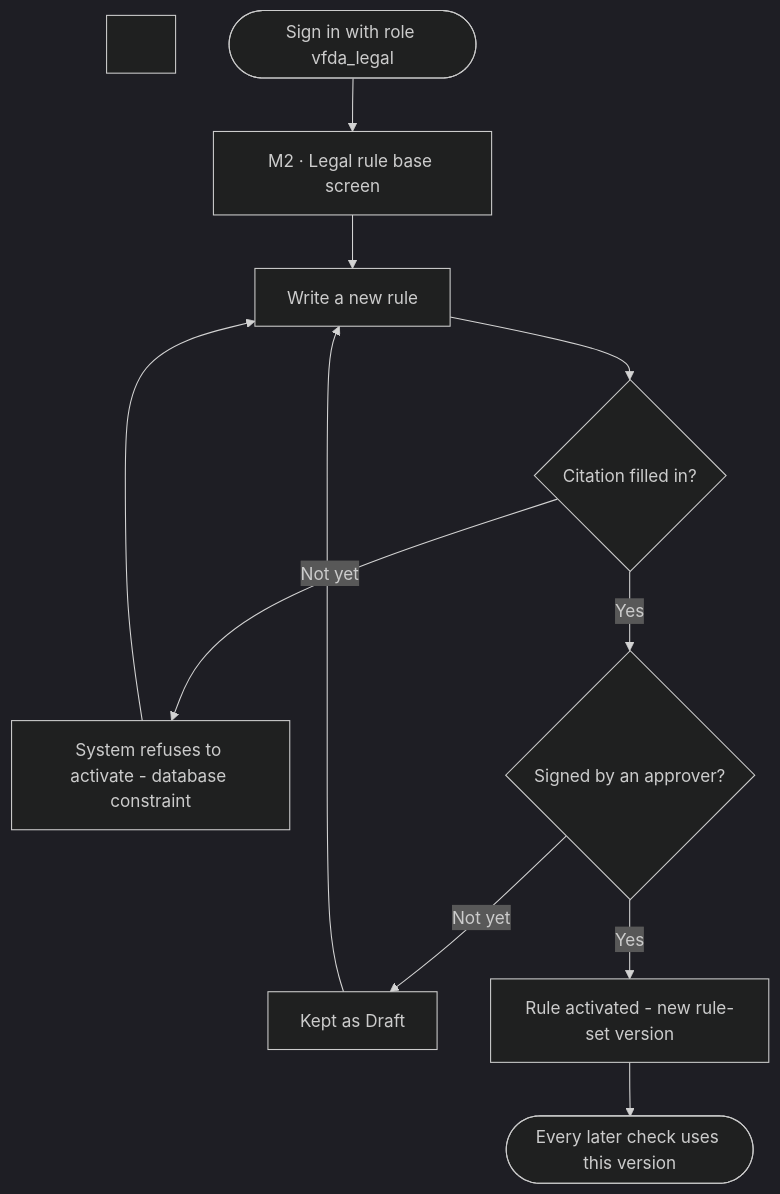
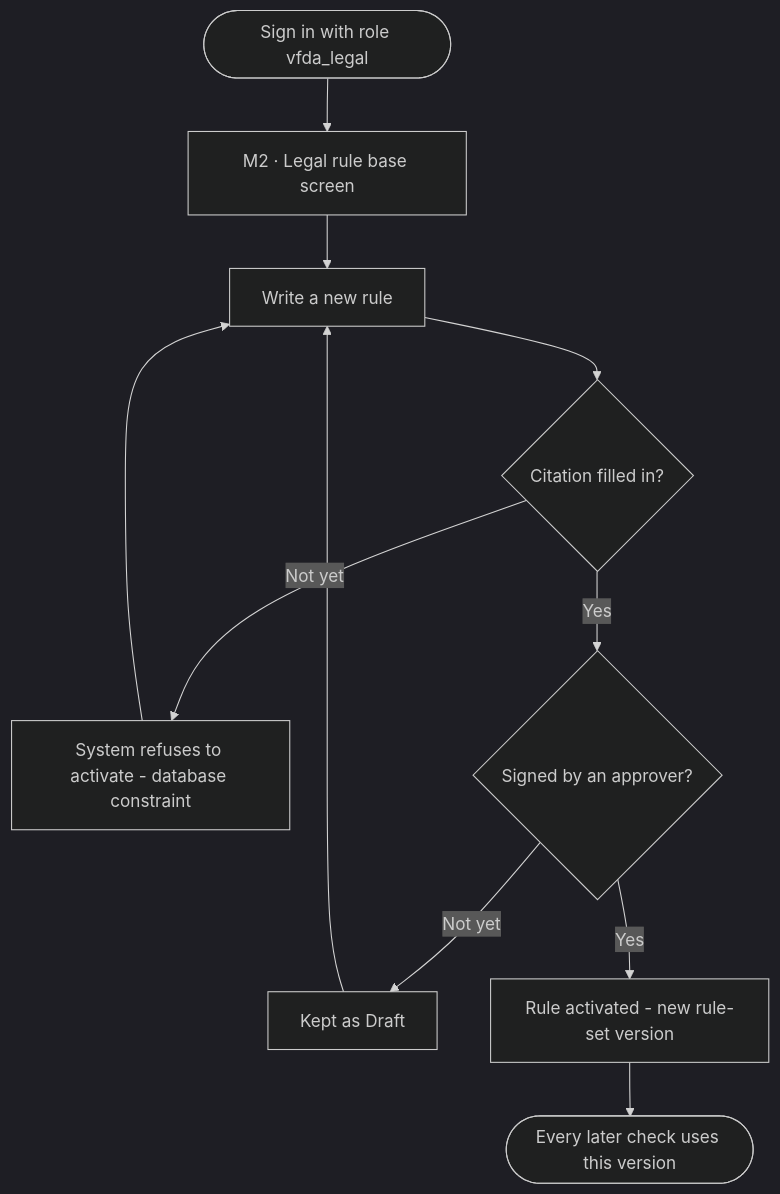
Before and after one commit to namnt2005/CINEMATCH-DBIZ3.TeamC: the first of 5 diagrams in docs/spec/spec-M2.md, drawn with Mermaid (dark theme). The commit also changed other lines of this file and 176 other files, not shown here.

````diff
--- a/docs/spec/spec-M2.md
+++ b/docs/spec/spec-M2.md
@@ -110,11 +112,11 @@
 ```mermaid
 flowchart TD
-&nbsp;&nbsp;&nbsp;&nbsp;S([Sign in with role vfda_legal]) --> L[M2 · Legal rule base screen]
-&nbsp;&nbsp;&nbsp;&nbsp;L --> N[Write a new rule]
-&nbsp;&nbsp;&nbsp;&nbsp;N --> Q1{Citation filled in?}
-&nbsp;&nbsp;&nbsp;&nbsp;Q1 -- Not yet --> BLOCK[System refuses to activate - database constraint] --> N
-&nbsp;&nbsp;&nbsp;&nbsp;Q1 -- Yes --> Q2{Signed by an approver?}
-&nbsp;&nbsp;&nbsp;&nbsp;Q2 -- Not yet --> DRAFT[Kept as Draft] --> N
-&nbsp;&nbsp;&nbsp;&nbsp;Q2 -- Yes --> ACT[Rule activated - new rule-set version]
-&nbsp;&nbsp;&nbsp;&nbsp;ACT --> E([Every later check uses this version])
+    S([Sign in with role vfda_legal]) --> L[M2 · Legal rule base screen]
+    L --> N[Write a new rule]
+    N --> Q1{Citation filled in?}
+    Q1 -- Not yet --> BLOCK[System refuses to activate - database constraint] --> N
+    Q1 -- Yes --> Q2{Signed by an approver?}
+    Q2 -- Not yet --> DRAFT[Kept as Draft] --> N
+    Q2 -- Yes --> ACT[Rule activated - new rule-set version]
+    ACT --> E([Every later check uses this version])
 ```
````
